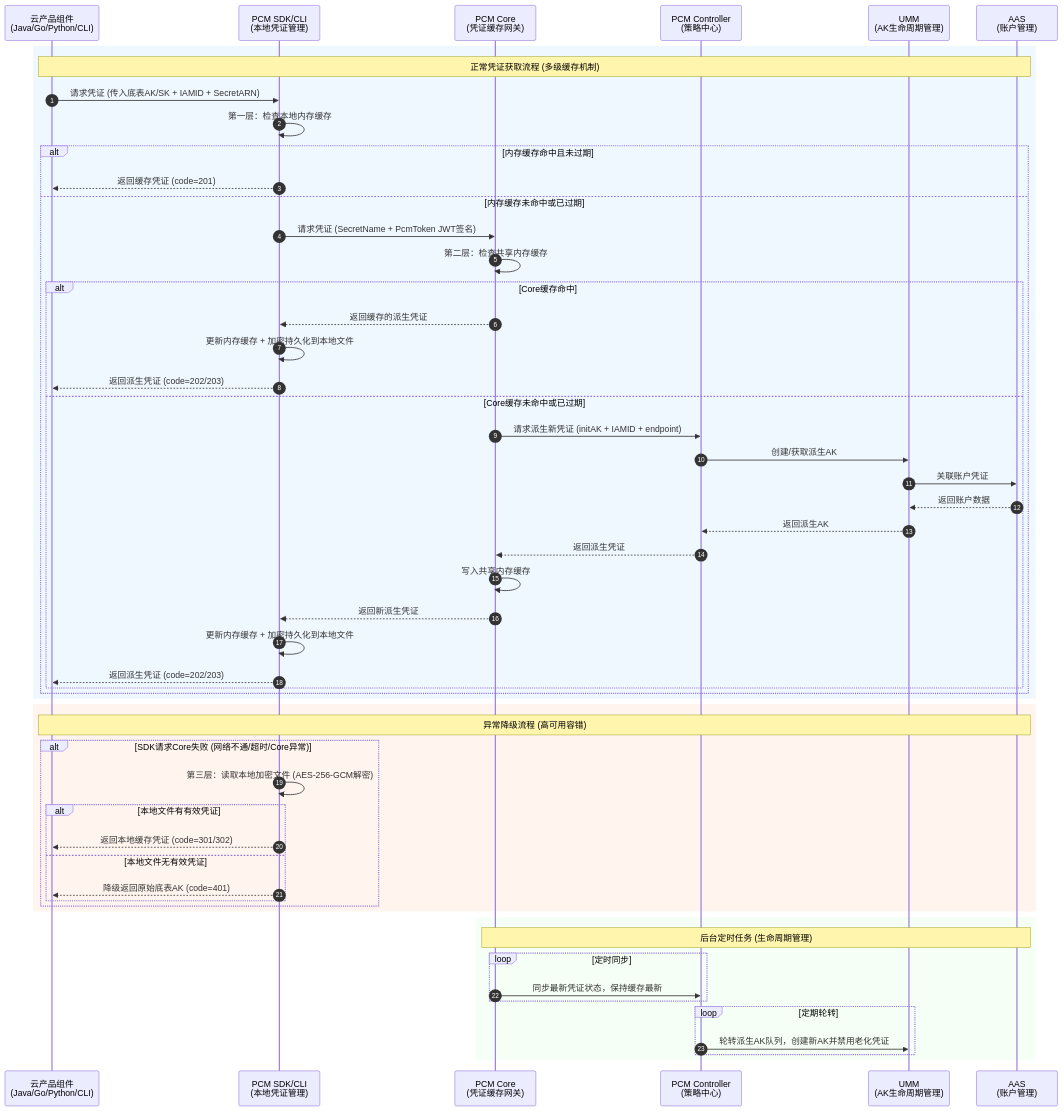
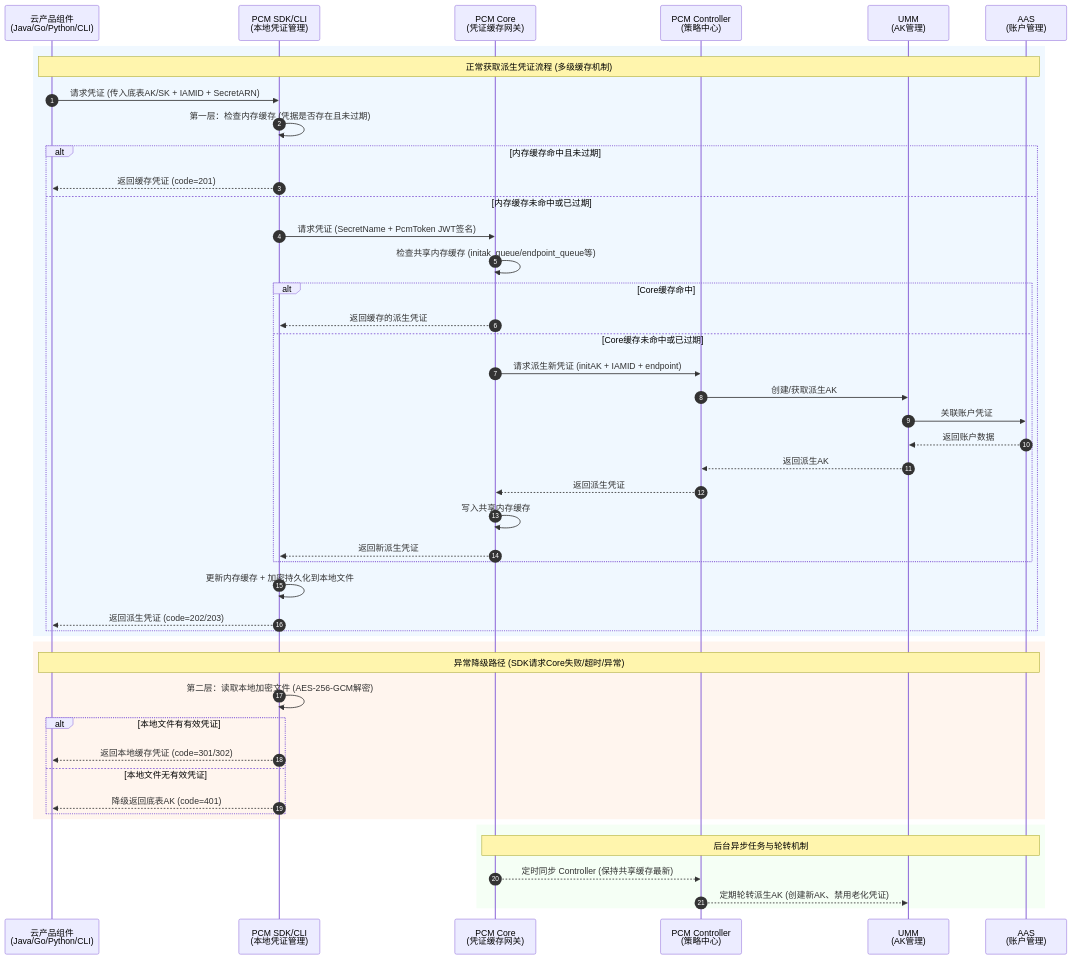
One commit to syj108/knowledge--base changed the diagram in pages/PCM/平台凭证管理服务/产品对内文档/业务逻辑时序图.md. Above: the diagram before and after it, drawn with Mermaid. The commit also changed other lines of this file and 26 other files, not shown here.

````diff
--- a/pages/PCM/平台凭证管理服务/产品对内文档/业务逻辑时序图.md
+++ b/pages/PCM/平台凭证管理服务/产品对内文档/业务逻辑时序图.md
@@ -5,62 +5,55 @@
 ```mermaid
 sequenceDiagram
     autonumber
     participant App as 云产品组件<br/>(Java/Go/Python/CLI)
     participant SDK as PCM SDK/CLI<br/>(本地凭证管理)
     participant Core as PCM Core<br/>(凭证缓存网关)
     participant Ctrl as PCM Controller<br/>(策略中心)
-    participant UMM as UMM<br/>(AK生命周期管理)
+    participant UMM as UMM<br/>(AK管理)
     participant AAS as AAS<br/>(账户管理)
 
     rect rgb(240, 248, 255)
-    Note over App, AAS: 正常凭证获取流程 (多级缓存机制)
+    Note over App, AAS: 正常获取派生凭证流程 (多级缓存机制)
     App->>SDK: 请求凭证 (传入底表AK/SK + IAMID + SecretARN)
+    SDK->>SDK: 第一层：检查内存缓存 (凭据是否存在且未过期)
     
-    SDK->>SDK: 第一层：检查本地内存缓存
     alt 内存缓存命中且未过期
         SDK-->>App: 返回缓存凭证 (code=201)
     else 内存缓存未命中或已过期
         SDK->>Core: 请求凭证 (SecretName + PcmToken JWT签名)
-        Core->>Core: 第二层：检查共享内存缓存
+        Core->>Core: 检查共享内存缓存 (initak_queue/endpoint_queue等)
         
         alt Core缓存命中
             Core-->>SDK: 返回缓存的派生凭证
-            SDK->>SDK: 更新内存缓存 + 加密持久化到本地文件
-            SDK-->>App: 返回派生凭证 (code=202/203)
         else Core缓存未命中或已过期
             Core->>Ctrl: 请求派生新凭证 (initAK + IAMID + endpoint)
             Ctrl->>UMM: 创建/获取派生AK
             UMM->>AAS: 关联账户凭证
             AAS-->>UMM: 返回账户数据
             UMM-->>Ctrl: 返回派生AK
             Ctrl-->>Core: 返回派生凭证
             Core->>Core: 写入共享内存缓存
             Core-->>SDK: 返回新派生凭证
-            SDK->>SDK: 更新内存缓存 + 加密持久化到本地文件
-            SDK-->>App: 返回派生凭证 (code=202/203)
         end
+        
+        SDK->>SDK: 更新内存缓存 + 加密持久化到本地文件
+        SDK-->>App: 返回派生凭证 (code=202/203)
     end
     end
 
     rect rgb(255, 245, 238)
-    Note over App, AAS: 异常降级流程 (高可用容错)
-    alt SDK请求Core失败 (网络不通/超时/Core异常)
-        SDK->>SDK: 第三层：读取本地加密文件 (AES-256-GCM解密)
-        alt 本地文件有有效凭证
-            SDK-->>App: 返回本地缓存凭证 (code=301/302)
-        else 本地文件无有效凭证
-            SDK-->>App: 降级返回原始底表AK (code=401)
-        end
+    Note over App, AAS: 异常降级路径 (SDK请求Core失败/超时/异常)
+    SDK->>SDK: 第二层：读取本地加密文件 (AES-256-GCM解密)
+    alt 本地文件有有效凭证
+        SDK-->>App: 返回本地缓存凭证 (code=301/302)
+    else 本地文件无有效凭证
+        SDK-->>App: 降级返回底表AK (code=401)
     end
     end
 
     rect rgb(245, 255, 245)
-    Note over Core, AAS: 后台定时任务 (生命周期管理)
-    loop 定时同步
-        Core->>Ctrl: 同步最新凭证状态，保持缓存最新
-    end
-    loop 定期轮转
-        Ctrl->>UMM: 轮转派生AK队列，创建新AK并禁用老化凭证
-    end
+    Note over Core, AAS: 后台异步任务与轮转机制
+    Core-->>Ctrl: 定时同步 Controller (保持共享缓存最新)
+    Ctrl-->>UMM: 定期轮转派生AK (创建新AK、禁用老化凭证)
     end
 ```
````
